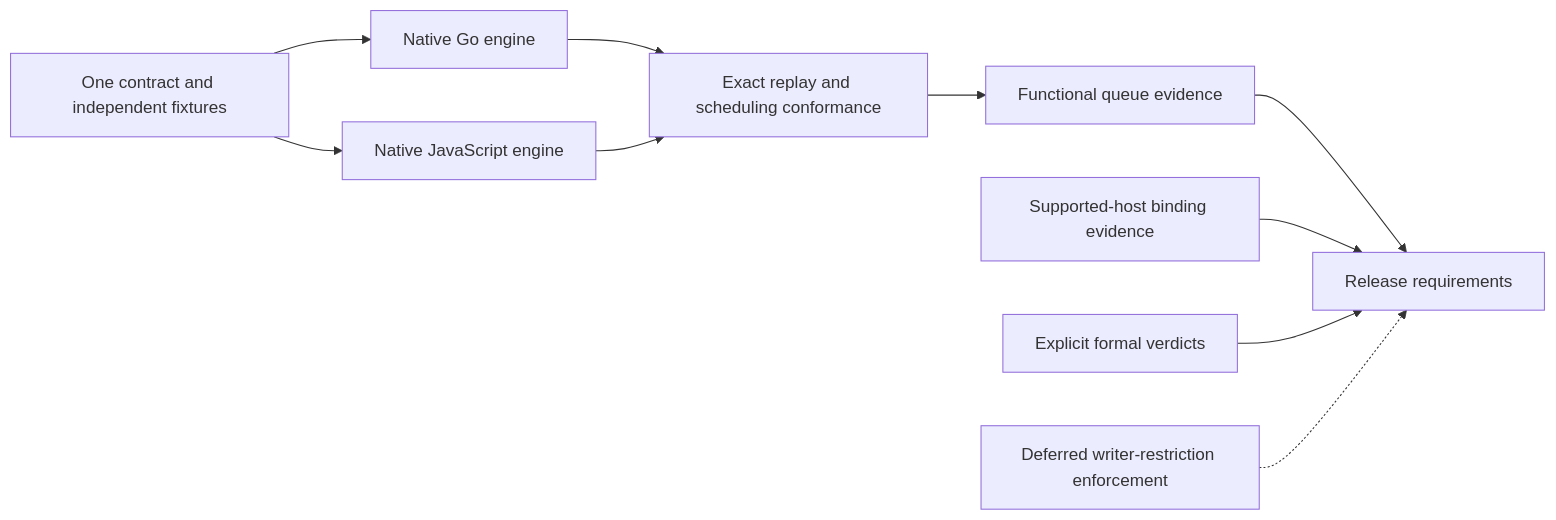
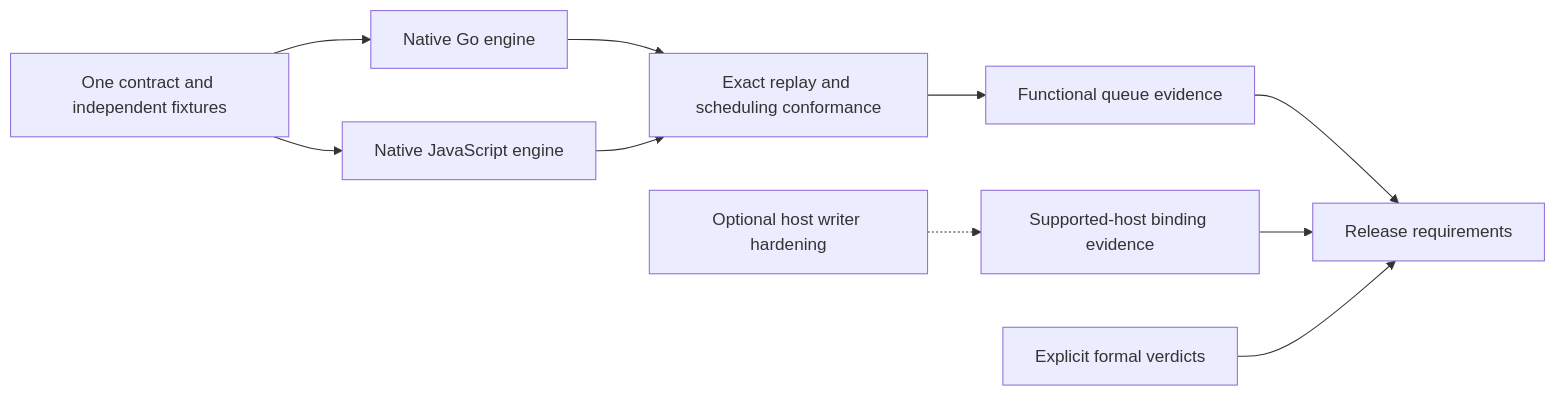
Diagram 21 of 21 in docs/src/content/docs/specs/work-queue-specification.md (github/gh-aw), drawn with Mermaid before and after one commit. The commit also changed other lines of this file and 14 other files, not shown here.

````diff
--- a/docs/src/content/docs/specs/work-queue-specification.md
+++ b/docs/src/content/docs/specs/work-queue-specification.md
@@ -2744,12 +2759,12 @@
 ```mermaid
 flowchart LR
     Contract["One contract and independent fixtures"] --> Go["Native Go engine"]
     Contract --> JS["Native JavaScript engine"]
     Go --> Parity["Exact replay and scheduling conformance"]
     JS --> Parity
     Parity --> Functional["Functional queue evidence"]
     Functional --> Release["Release requirements"]
     Hosts["Supported-host binding evidence"] --> Release
     Formal["Explicit formal verdicts"] --> Release
-    Deployment["Deferred writer-restriction enforcement"] -.-> Release
+    Deployment["Optional host writer hardening"] -.-> Hosts
 ```
````
